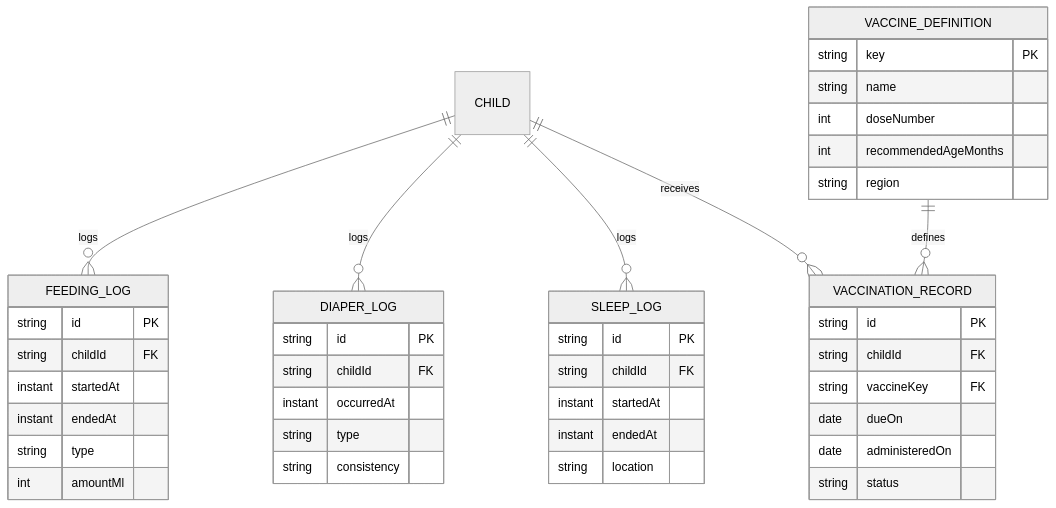
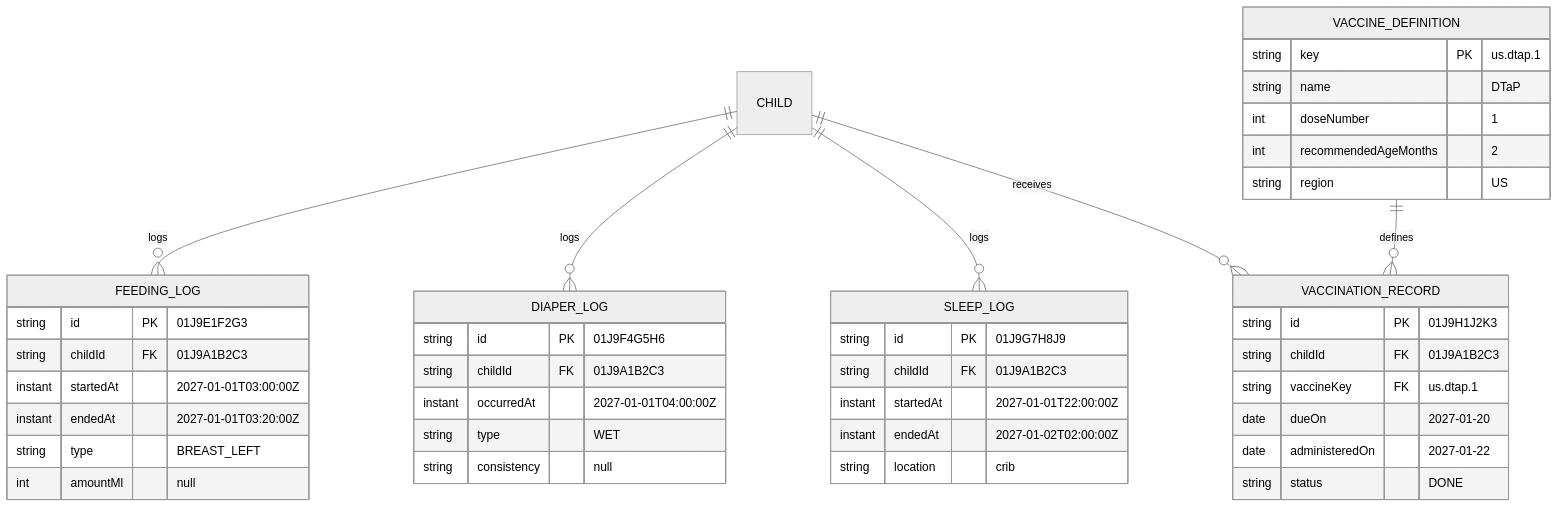
The eighth of 10 diagrams in docs/domain-model-entity-relation.md (headache-sh2l/cocobean), drawn with Mermaid (neutral theme) before and after one commit. The commit also changed other lines of this file, not shown here.

````diff
--- a/docs/domain-model-entity-relation.md
+++ b/docs/domain-model-entity-relation.md
@@ -320,46 +321,46 @@
 ```mermaid
 erDiagram
     CHILD ||--o{ FEEDING_LOG : logs
     CHILD ||--o{ DIAPER_LOG : logs
     CHILD ||--o{ SLEEP_LOG : logs
     CHILD ||--o{ VACCINATION_RECORD : receives
     VACCINE_DEFINITION ||--o{ VACCINATION_RECORD : defines
 
     FEEDING_LOG {
-        string id PK
-        string childId FK
-        instant startedAt
-        instant endedAt
-        string type
-        int amountMl
+        string id PK "01J9E1F2G3"
+        string childId FK "01J9A1B2C3"
+        instant startedAt "2027-01-01T03:00:00Z"
+        instant endedAt "2027-01-01T03:20:00Z"
+        string type "BREAST_LEFT"
+        int amountMl "null"
     }
     DIAPER_LOG {
-        string id PK
-        string childId FK
-        instant occurredAt
-        string type
-        string consistency
+        string id PK "01J9F4G5H6"
+        string childId FK "01J9A1B2C3"
+        instant occurredAt "2027-01-01T04:00:00Z"
+        string type "WET"
+        string consistency "null"
     }
     SLEEP_LOG {
-        string id PK
-        string childId FK
-        instant startedAt
-        instant endedAt
-        string location
+        string id PK "01J9G7H8J9"
+        string childId FK "01J9A1B2C3"
+        instant startedAt "2027-01-01T22:00:00Z"
+        instant endedAt "2027-01-02T02:00:00Z"
+        string location "crib"
     }
     VACCINE_DEFINITION {
-        string key PK
-        string name
-        int doseNumber
-        int recommendedAgeMonths
-        string region
+        string key PK "us.dtap.1"
+        string name "DTaP"
+        int doseNumber "1"
+        int recommendedAgeMonths "2"
+        string region "US"
     }
     VACCINATION_RECORD {
-        string id PK
-        string childId FK
-        string vaccineKey FK
-        date dueOn
-        date administeredOn
-        string status
+        string id PK "01J9H1J2K3"
+        string childId FK "01J9A1B2C3"
+        string vaccineKey FK "us.dtap.1"
+        date dueOn "2027-01-20"
+        date administeredOn "2027-01-22"
+        string status "DONE"
     }
 ```
````
